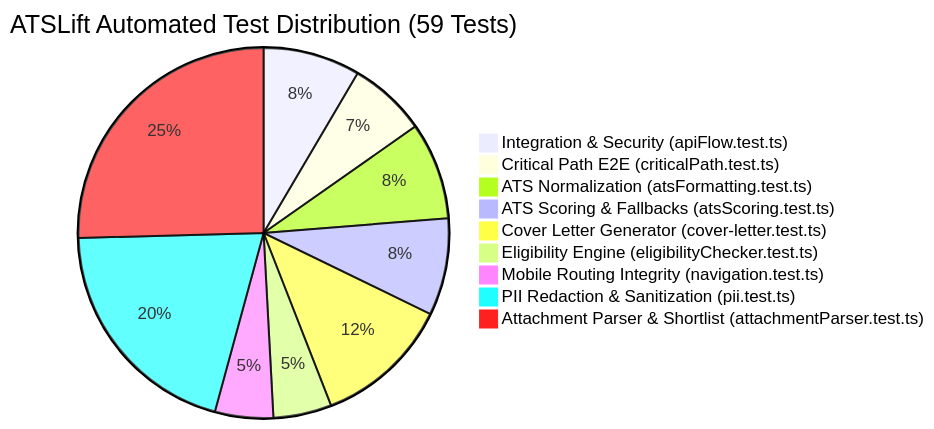
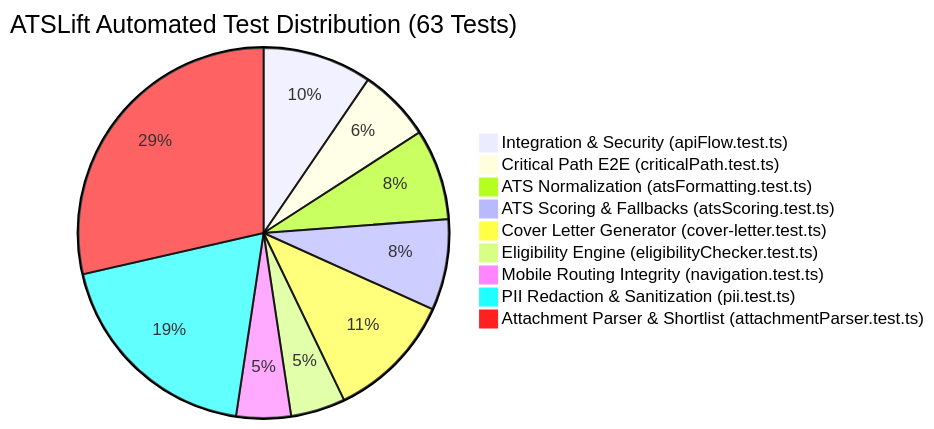
The diagram in doc/testing-strategy.md (Nithin1138/ATSLift), drawn with Mermaid before and after one commit. The commit also changed other lines of this file and 7 other files, not shown here.

Commit message:
fix(shortlist): resolve XLSX, CSV, Resend attachment downloads, and HTML table extraction

````diff
--- a/doc/testing-strategy.md
+++ b/doc/testing-strategy.md
@@ -21,12 +21,12 @@
 ```mermaid
-pie title ATSLift Automated Test Distribution (59 Tests)
-    "Integration & Security (apiFlow.test.ts)" : 5
+pie title ATSLift Automated Test Distribution (63 Tests)
+    "Integration & Security (apiFlow.test.ts)" : 6
     "Critical Path E2E (criticalPath.test.ts)" : 4
     "ATS Normalization (atsFormatting.test.ts)" : 5
     "ATS Scoring & Fallbacks (atsScoring.test.ts)" : 5
     "Cover Letter Generator (cover-letter.test.ts)" : 7
     "Eligibility Engine (eligibilityChecker.test.ts)" : 3
     "Mobile Routing Integrity (navigation.test.ts)" : 3
     "PII Redaction & Sanitization (pii.test.ts)" : 12
-    "Attachment Parser & Shortlist (attachmentParser.test.ts)" : 15
+    "Attachment Parser & Shortlist (attachmentParser.test.ts)" : 18
 ```
````
